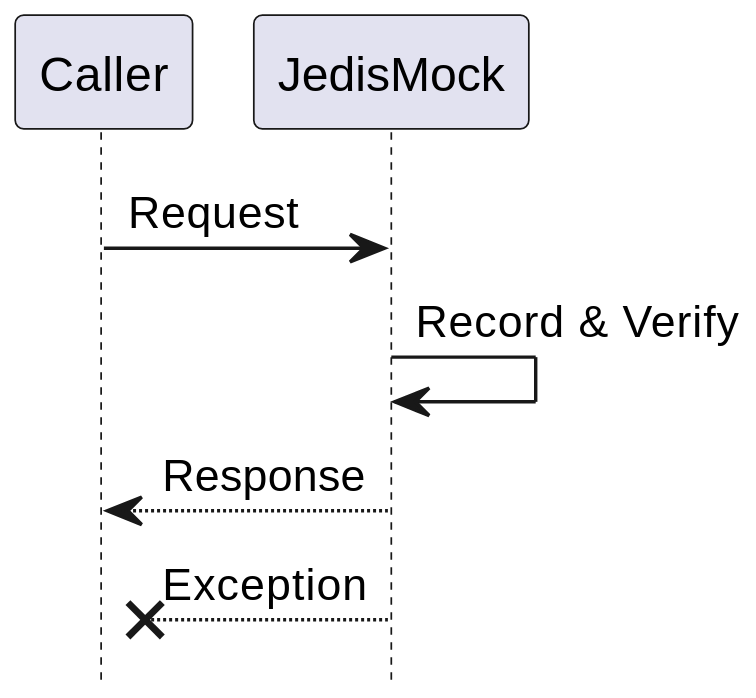
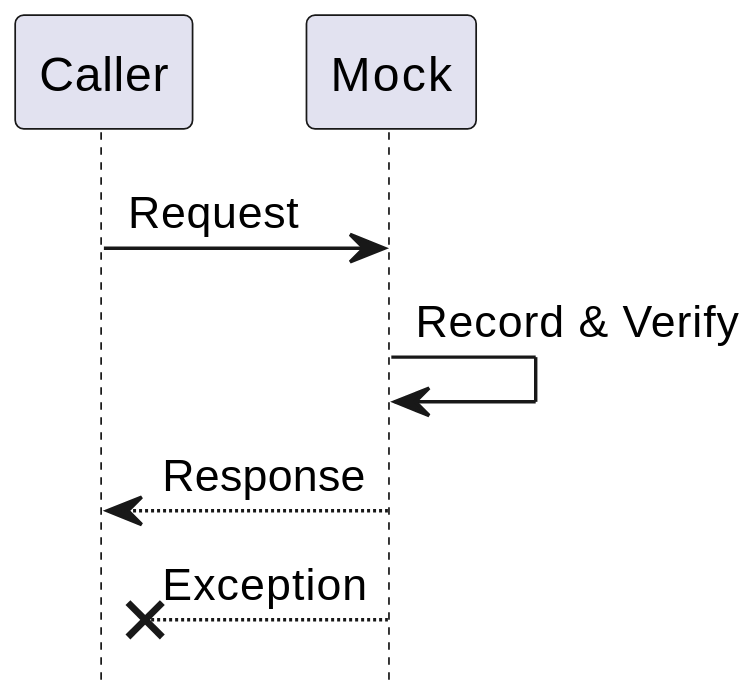
One commit to inponomarev/redislecture changed the diagram in src/main/asciidoc/lecture.adoc. Above: the diagram before and after it, drawn with PlantUML. The commit also changed other lines of this file and 3 other files, not shown here.

```diff
--- a/src/main/asciidoc/lecture.adoc
+++ b/src/main/asciidoc/lecture.adoc
@@ -1050,11 +1088,11 @@
 [plantuml]
 ----
 @startuml
 skinparam   dpi 220
 hide footbox
-Caller -> JedisMock: Request
-JedisMock -> JedisMock: Record & Verify
-JedisMock--> Caller : Response
-JedisMock--X Caller : Exception
+Caller -> Mock: Request
+Mock -> Mock: Record & Verify
+Mock--> Caller : Response
+Mock--X Caller : Exception
 @enduml
 ----
```
